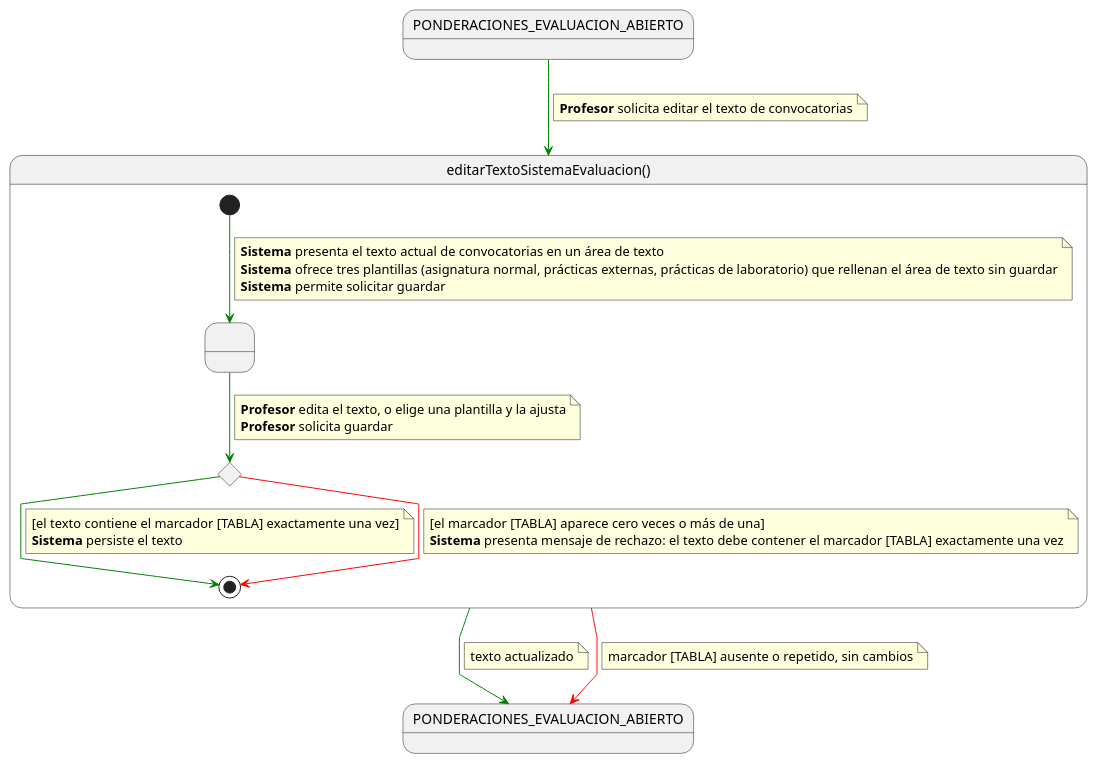
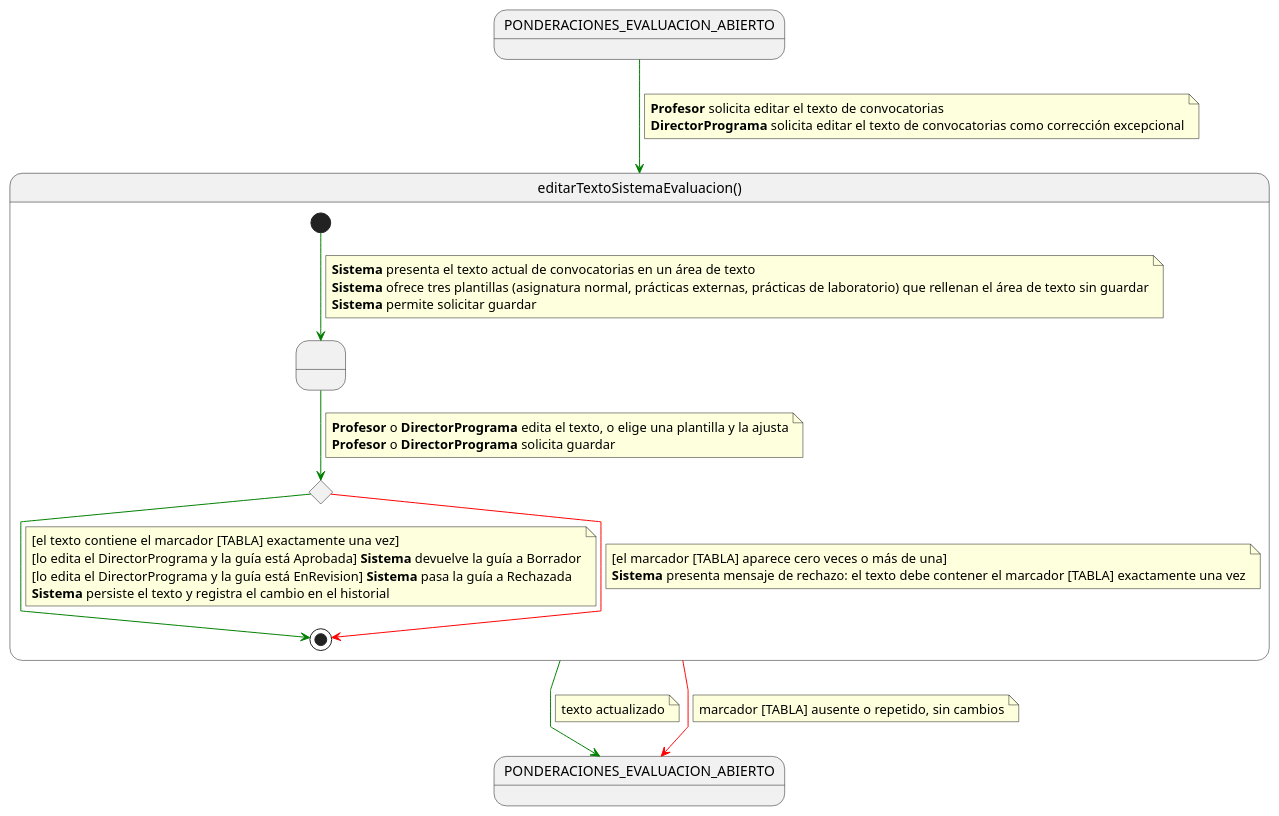
One commit to mmasias/pyCeldaPublico changed the diagram in RUP/01-requisitos/03-detalle-casos-uso/editarTextoSistemaEvaluacion/especificacion.puml. Above: the diagram before and after it, drawn with PlantUML. The commit also changed 10 other files, not shown here.

First line of the commit message:
docs: el Director puede guardar el texto de convocatorias (pyCelda v0.11.1, #707/#708/#709)

```diff
--- a/RUP/01-requisitos/03-detalle-casos-uso/editarTextoSistemaEvaluacion/especificacion.puml
+++ b/RUP/01-requisitos/03-detalle-casos-uso/editarTextoSistemaEvaluacion/especificacion.puml
@@ -1,54 +1,57 @@
 @startuml editarTextoSistemaEvaluacion
 
 skinparam linetype polyline
 
 state PONDERACIONES_EVALUACION_ABIERTO
 state PONDERACIONES_EVALUACION_ABIERTO_SALIDA as "PONDERACIONES_EVALUACION_ABIERTO"
 
 PONDERACIONES_EVALUACION_ABIERTO -[#green]-> editarTextoSistemaEvaluacion
 note on link
 <b>Profesor</b> solicita editar el texto de convocatorias
+<b>DirectorPrograma</b> solicita editar el texto de convocatorias como corrección excepcional
 end note
 
 state editarTextoSistemaEvaluacion as "editarTextoSistemaEvaluacion()" {
 
     state " " as EditandoTexto
     state c <<choice>>
 
     [*] -[#green]-> EditandoTexto
     note on link
     <b>Sistema</b> presenta el texto actual de convocatorias en un área de texto
     <b>Sistema</b> ofrece tres plantillas (asignatura normal, prácticas externas, prácticas de laboratorio) que rellenan el área de texto sin guardar
     <b>Sistema</b> permite solicitar guardar
     end note
 
     EditandoTexto -[#green]-> c
     note on link
-    <b>Profesor</b> edita el texto, o elige una plantilla y la ajusta
-    <b>Profesor</b> solicita guardar
+    <b>Profesor</b> o <b>DirectorPrograma</b> edita el texto, o elige una plantilla y la ajusta
+    <b>Profesor</b> o <b>DirectorPrograma</b> solicita guardar
     end note
 
     c -[#green]-> [*]
     note on link
     [el texto contiene el marcador [TABLA] exactamente una vez]
-    <b>Sistema</b> persiste el texto
+    [lo edita el DirectorPrograma y la guía está Aprobada] <b>Sistema</b> devuelve la guía a Borrador
+    [lo edita el DirectorPrograma y la guía está EnRevision] <b>Sistema</b> pasa la guía a Rechazada
+    <b>Sistema</b> persiste el texto y registra el cambio en el historial
     end note
 
     c -[#red]-> [*]
     note on link
     [el marcador [TABLA] aparece cero veces o más de una]
     <b>Sistema</b> presenta mensaje de rechazo: el texto debe contener el marcador [TABLA] exactamente una vez
     end note
 }
 
 editarTextoSistemaEvaluacion -[#green]-> PONDERACIONES_EVALUACION_ABIERTO_SALIDA
 note on link
 texto actualizado
 end note
 
 editarTextoSistemaEvaluacion -[#red]-> PONDERACIONES_EVALUACION_ABIERTO_SALIDA
 note on link
 marcador [TABLA] ausente o repetido, sin cambios
 end note
 
 @enduml
```
